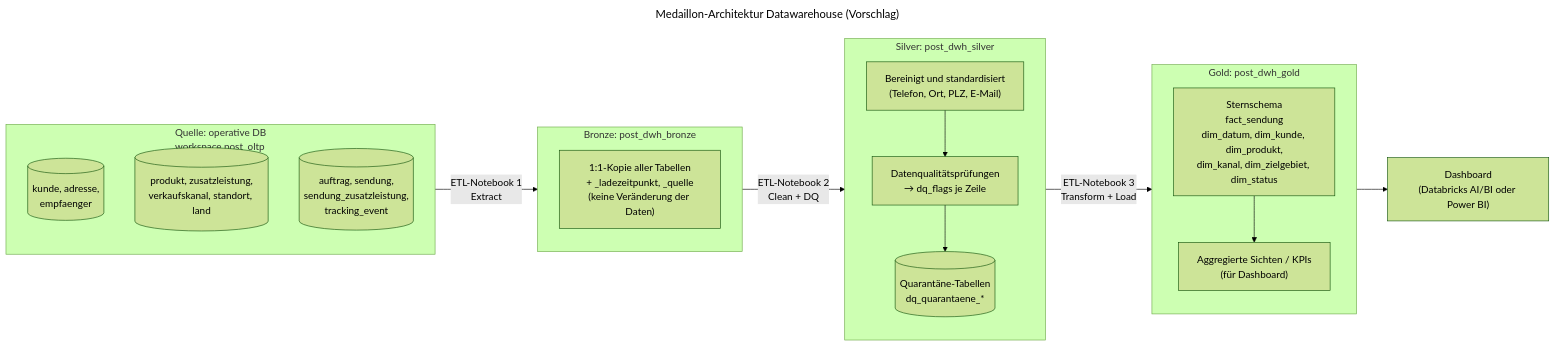
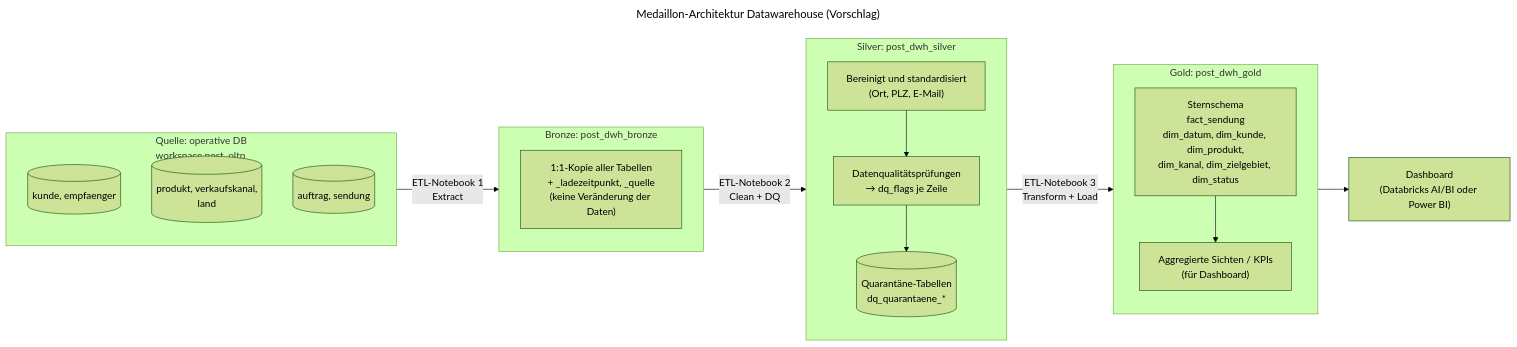
Before and after one commit to taar1/ZHAW_DB_DQH_Leistungsnachweis: the diagram in docs/diagramme/medaillon_architektur.mmd, drawn with Mermaid (forest theme). The commit also changed 14 other files, not shown here.

```diff
--- a/docs/diagramme/medaillon_architektur.mmd
+++ b/docs/diagramme/medaillon_architektur.mmd
@@ -1,37 +1,37 @@
 ---
 title: Medaillon-Architektur Datawarehouse (Vorschlag)
 ---
 flowchart LR
     subgraph SRC["Quelle: operative DB<br/>workspace.post_oltp"]
         direction TB
-        S1[(kunde, adresse,<br/>empfaenger)]
-        S2[(produkt, zusatzleistung,<br/>verkaufskanal, standort, land)]
-        S3[(auftrag, sendung,<br/>sendung_zusatzleistung,<br/>tracking_event)]
+        S1[(kunde, empfaenger)]
+        S2[(produkt, verkaufskanal,<br/>land)]
+        S3[(auftrag, sendung)]
     end
 
     subgraph BRONZE["Bronze: post_dwh_bronze"]
         direction TB
         B1["1:1-Kopie aller Tabellen<br/>+ _ladezeitpunkt, _quelle<br/>(keine Veränderung der Daten)"]
     end
 
     subgraph SILVER["Silver: post_dwh_silver"]
         direction TB
-        V1["Bereinigt und standardisiert<br/>(Telefon, Ort, PLZ, E-Mail)"]
+        V1["Bereinigt und standardisiert<br/>(Ort, PLZ, E-Mail)"]
         V2["Datenqualitätsprüfungen<br/>→ dq_flags je Zeile"]
         V3[("Quarantäne-Tabellen<br/>dq_quarantaene_*")]
         V1 --> V2 --> V3
     end
 
     subgraph GOLD["Gold: post_dwh_gold"]
         direction TB
         G1["Sternschema<br/>fact_sendung<br/>dim_datum, dim_kunde, dim_produkt,<br/>dim_kanal, dim_zielgebiet, dim_status"]
         G2["Aggregierte Sichten / KPIs<br/>(für Dashboard)"]
         G1 --> G2
     end
 
     DASH["Dashboard<br/>(Databricks AI/BI oder Power BI)"]
 
     SRC -->|"ETL-Notebook 1<br/>Extract"| BRONZE
     BRONZE -->|"ETL-Notebook 2<br/>Clean + DQ"| SILVER
     SILVER -->|"ETL-Notebook 3<br/>Transform + Load"| GOLD
     GOLD --> DASH
```
